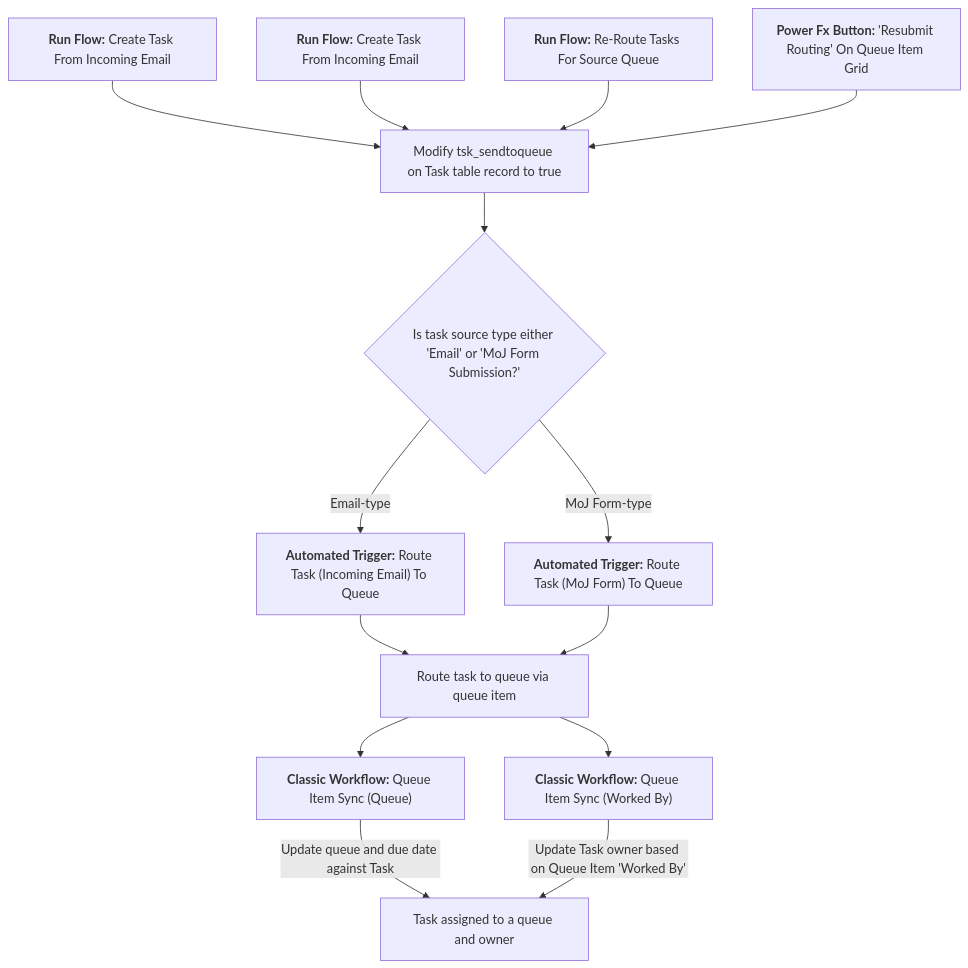
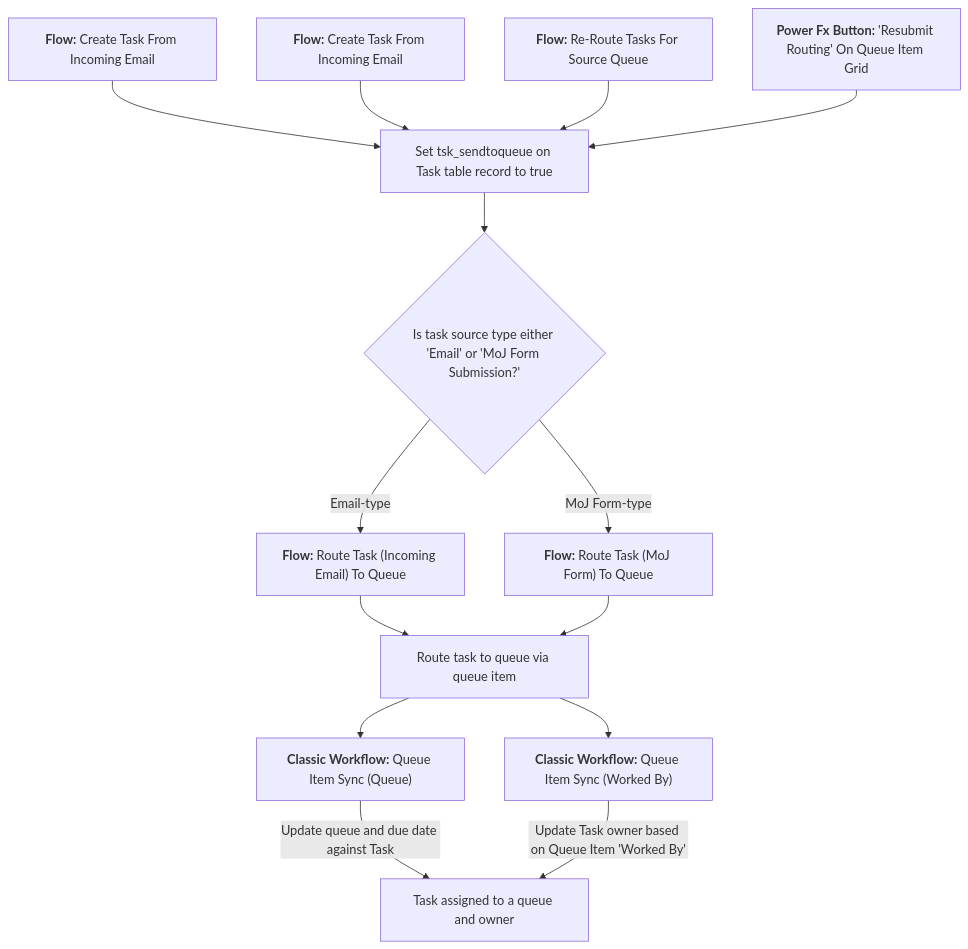
Before and after one commit to ThomasVineMoJ/ss-pp-cnbc-tasks: the sixth of 8 diagrams in base/documentation/high-level-design.md, drawn with Mermaid. The commit also changed other lines of this file, not shown here.

````diff
--- a/base/documentation/high-level-design.md
+++ b/base/documentation/high-level-design.md
@@ -211,30 +216,30 @@
 ```mermaid
  flowchart TD
-  A[<b>Run Flow:</b> Create Task From Incoming Email]
-  B[<b>Run Flow:</b> Create Task From Incoming Email]
-  C[<b>Run Flow:</b> Re-Route Tasks For Source Queue]
+  A[<b>Flow:</b> Create Task From Incoming Email]
+  B[<b>Flow:</b> Create Task From Incoming Email]
+  C[<b>Flow:</b> Re-Route Tasks For Source Queue]
   D[<b>Power Fx Button: </b>'Resubmit Routing' On Queue Item Grid]
-  E[Modify tsk_sendtoqueue on Task table record to true]
+  E[Set tsk_sendtoqueue on Task table record to true]
   F{Is task source type either 'Email' or 'MoJ Form Submission?'}
-  G["<b>Automated Trigger:</b> Route Task (Incoming Email) To Queue"]
-  H["<b>Automated Trigger:</b> Route Task (MoJ Form) To Queue"]
+  G["<b>Flow:</b> Route Task (Incoming Email) To Queue"]
+  H["<b>Flow:</b> Route Task (MoJ Form) To Queue"]
   I[Route task to queue via queue item]
   J["<b>Classic Workflow:</b> Queue Item Sync (Queue)"]
   K["<b>Classic Workflow:</b> Queue Item Sync (Worked By)"]
   L[Task assigned to a queue and owner]
 
   A --> E
   B --> E
   C --> E
   D --> E
   E --> F
   F -- Email-type --> G
   F -- MoJ Form-type --> H
   G --> I
   H --> I
   I --> J
   I --> K
   J -- Update queue and due date against Task --> L
   K -- Update Task owner based on Queue Item 'Worked By' --> L
 
  ```
````
